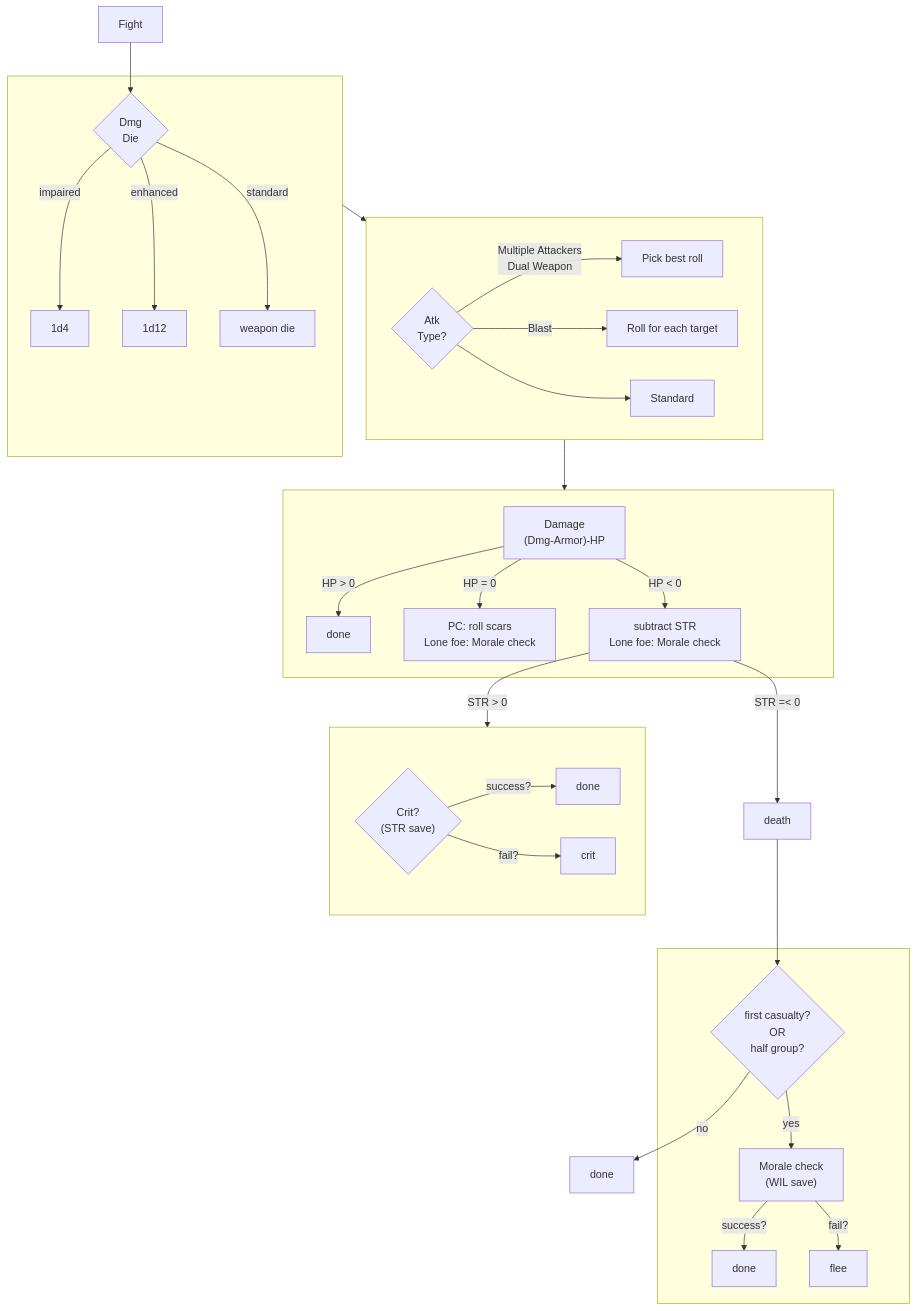
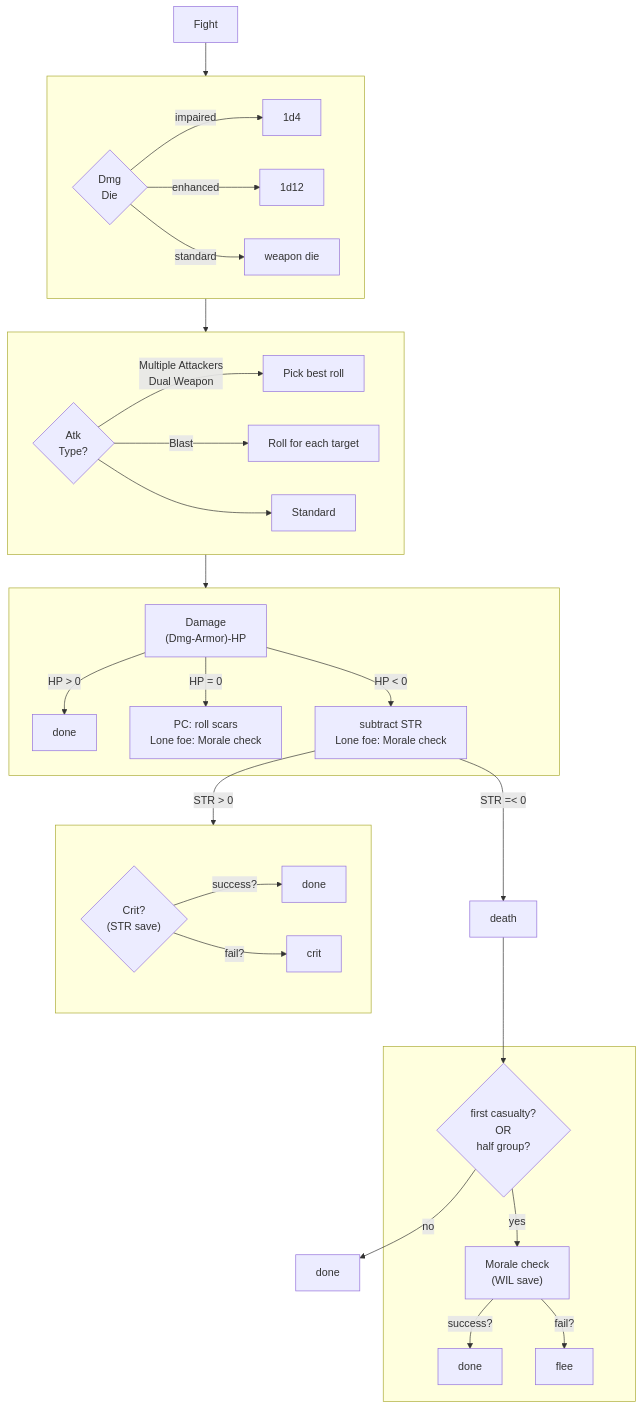
One commit to Italian-Translation-Alliance/cairn-ita changed the diagram in flowchart.md. Above: the diagram before and after it, drawn with Mermaid.

````diff
--- a/flowchart.md
+++ b/flowchart.md
@@ -3,38 +3,39 @@
 ```mermaid
 flowchart TD
-    E[Fight] --> G{Dmg<br>Die}
+    E[Fight] --> one
     subgraph one [" "]
+    G{Dmg<br>Die}
     G -->|impaired| H[1d4]
     G -->|enhanced| I[1d12]
     G -->|standard| L[weapon die]
     end
     one --> two
     subgraph two  [" "]
     M{Atk<br>Type?}
     M -->|Multiple Attackers<br>Dual Weapon| N[Pick best roll]
     M -->|Blast| P[Roll for each target]
     M -->Q[Standard]
     end
     subgraph three [" "]
     R["Damage<br>#40;Dmg-Armor#41;-HP"]
     R --> |HP > 0| S[done]
     R --> |HP = 0| T[PC: roll scars<br>Lone foe: Morale check]
     R --> |HP < 0| U[subtract STR<br>Lone foe: Morale check]
     end
     two --> three
     subgraph four [" "]
     W{"Crit?<br>#40;STR save#41;"}
     W --> |success?| 1["done"]
     W --> |fail?| 2["crit"]
     end
     U --> |STR > 0| four
     U --> |STR =< 0| Z[death]
     Z --> 3{first casualty?<br>OR<br>half group?}
     subgraph five [" "]
     3 --> |yes| 4["Morale check<br>#40;WIL save#41;"]
     4 --> |success?| 6["done"]
     4 --> |fail?| 7["flee"]
     end
     3 --> |no| 5[done]
  classDef default text-align:center
 ```
````
